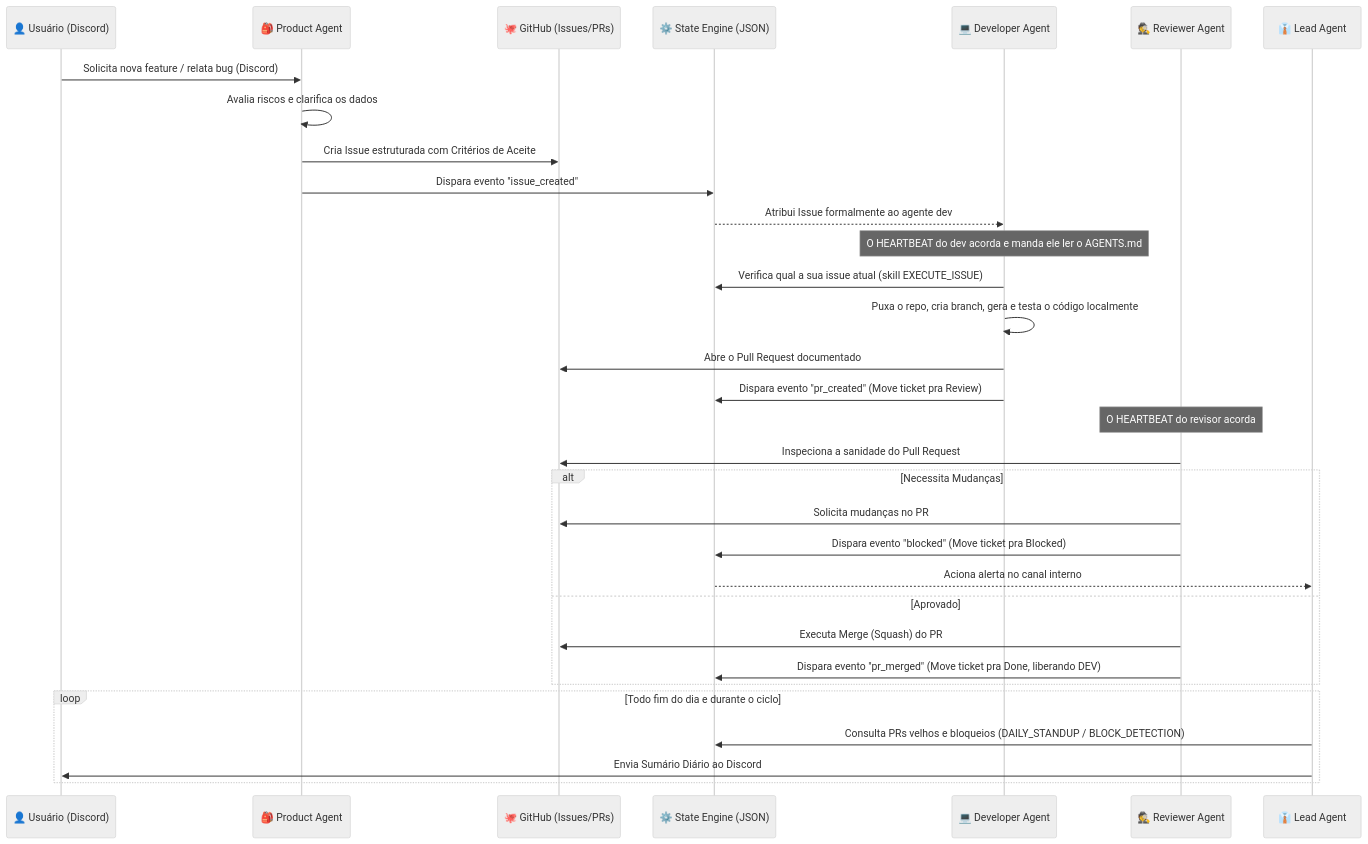
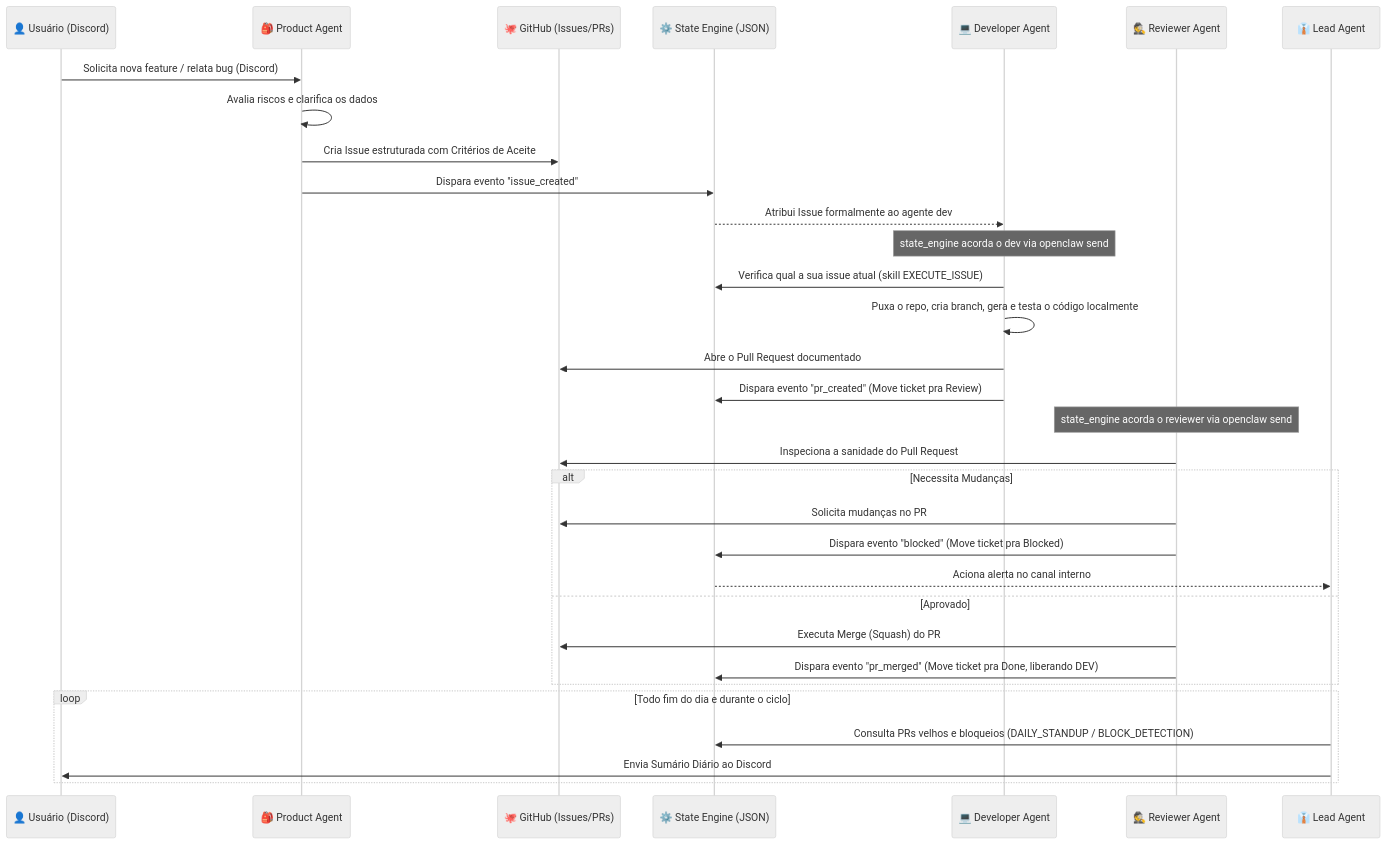
One commit to barba-software/openclaw-multiagent-system changed the diagram in README.md. Above: the diagram before and after it, drawn with Mermaid (neutral theme). The commit also changed other lines of this file and 5 other files, not shown here.

First line of the commit message:
Optimize agent architecture: reactive Product/Reviewer, hybrid Developer, cron Lead

````diff
--- a/README.md
+++ b/README.md
@@ -18,40 +18,40 @@
 ```mermaid
 sequenceDiagram
     participant User as 👤 Usuário (Discord)
     participant Product as 🎒 Product Agent
     participant GitHub as 🐙 GitHub (Issues/PRs)
     participant StateEngine as ⚙️ State Engine (JSON)
     participant Dev as 💻 Developer Agent
     participant Reviewer as 🕵️ Reviewer Agent
     participant Lead as 👔 Lead Agent
 
     User->>Product: Solicita nova feature / relata bug (Discord)
     Product->>Product: Avalia riscos e clarifica os dados
     Product->>GitHub: Cria Issue estruturada com Critérios de Aceite
     Product->>StateEngine: Dispara evento "issue_created"
     StateEngine-->>Dev: Atribui Issue formalmente ao agente dev
 
-    Note over Dev: O HEARTBEAT do dev acorda e manda ele ler o AGENTS.md
+    Note over Dev: state_engine acorda o dev via openclaw send
     Dev->>StateEngine: Verifica qual a sua issue atual (skill EXECUTE_ISSUE)
     Dev->>Dev: Puxa o repo, cria branch, gera e testa o código localmente
 
     Dev->>GitHub: Abre o Pull Request documentado
     Dev->>StateEngine: Dispara evento "pr_created" (Move ticket pra Review)
 
-    Note over Reviewer: O HEARTBEAT do revisor acorda
+    Note over Reviewer: state_engine acorda o reviewer via openclaw send
     Reviewer->>GitHub: Inspeciona a sanidade do Pull Request
 
     alt Necessita Mudanças
         Reviewer->>GitHub: Solicita mudanças no PR
         Reviewer->>StateEngine: Dispara evento "blocked" (Move ticket pra Blocked)
         StateEngine-->>Lead: Aciona alerta no canal interno
     else Aprovado
         Reviewer->>GitHub: Executa Merge (Squash) do PR
         Reviewer->>StateEngine: Dispara evento "pr_merged" (Move ticket pra Done, liberando DEV)
     end
 
     loop Todo fim do dia e durante o ciclo
         Lead->>StateEngine: Consulta PRs velhos e bloqueios (DAILY_STANDUP / BLOCK_DETECTION)
         Lead->>User: Envia Sumário Diário ao Discord
     end
 ```
````
